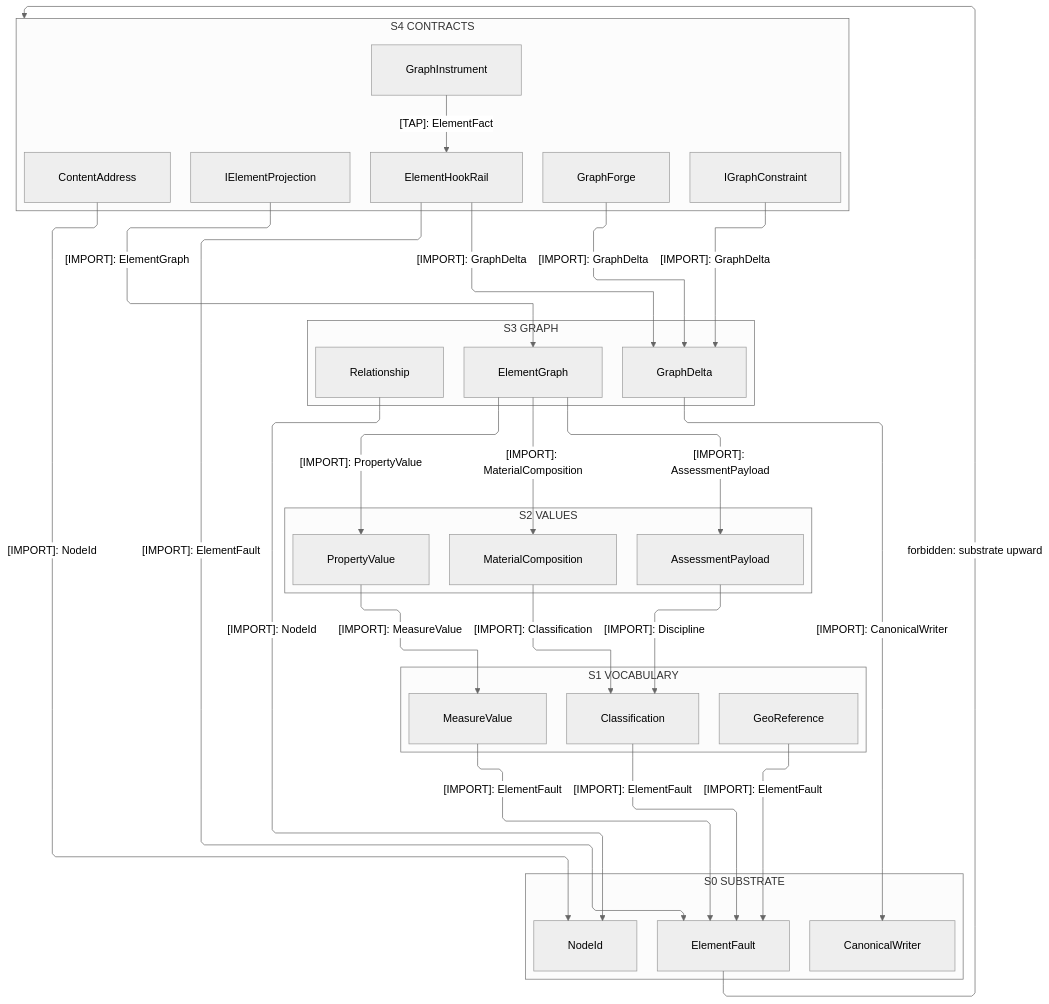
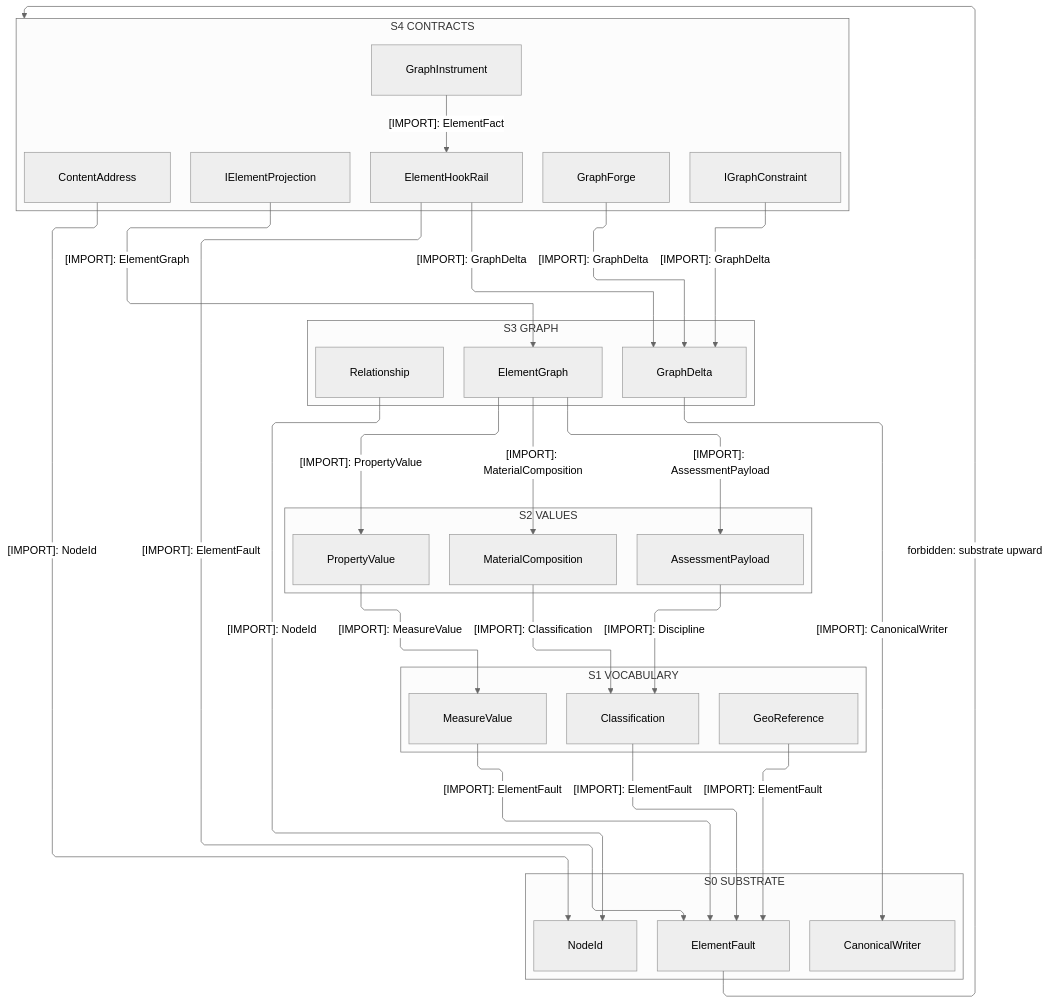
Before and after one commit to bsamiee/Rasm: the first of 3 diagrams in libs/csharp/Rasm.Element/ARCHITECTURE.md, drawn with Mermaid (neutral theme). The commit also changed 486 other files, not shown here.

````diff
--- a/libs/csharp/Rasm.Element/ARCHITECTURE.md
+++ b/libs/csharp/Rasm.Element/ARCHITECTURE.md
@@ -54,59 +54,59 @@
 ```mermaid
 ---
 config:
   layout: elk
   flowchart:
     curve: linear
     padding: 25
 ---
 flowchart TB
     accTitle: Rasm.Element interior strata
     accDescr: Five member-resolved strata from the projection contracts and content codec through the element graph and its value and vocabulary families onto the fault-and-key substrate, every consumption edge downward naming one sourced type, and one forbidden upward edge marked.
     subgraph S4["S4 CONTRACTS"]
         IProjection[IElementProjection]
         IConstraint[IGraphConstraint]
         Address[ContentAddress]
         HookRail[ElementHookRail]
         Instrument[GraphInstrument]
         Forge[GraphForge]
     end
     subgraph S3["S3 GRAPH"]
         ElementGraph[ElementGraph]
         Delta[GraphDelta]
         Relationship[Relationship]
     end
     subgraph S2["S2 VALUES"]
         Property[PropertyValue]
         Composition[MaterialComposition]
         Payload[AssessmentPayload]
     end
     subgraph S1["S1 VOCABULARY"]
         Classification[Classification]
         Measure[MeasureValue]
         GeoReference[GeoReference]
     end
     subgraph S0["S0 SUBSTRATE"]
         Fault[ElementFault]
         Writer[CanonicalWriter]
         NodeId[NodeId]
     end
     IProjection -->|"[IMPORT]: ElementGraph"| ElementGraph
     IConstraint -->|"[IMPORT]: GraphDelta"| Delta
     HookRail -->|"[IMPORT]: GraphDelta"| Delta
     HookRail -->|"[IMPORT]: ElementFault"| Fault
-    Instrument -->|"[TAP]: ElementFact"| HookRail
+    Instrument -->|"[IMPORT]: ElementFact"| HookRail
     Forge -->|"[IMPORT]: GraphDelta"| Delta
     Address -->|"[IMPORT]: NodeId"| NodeId
     ElementGraph -->|"[IMPORT]: PropertyValue"| Property
     ElementGraph -->|"[IMPORT]: MaterialComposition"| Composition
     ElementGraph -->|"[IMPORT]: AssessmentPayload"| Payload
     Delta -->|"[IMPORT]: CanonicalWriter"| Writer
     Relationship -->|"[IMPORT]: NodeId"| NodeId
     Property -->|"[IMPORT]: MeasureValue"| Measure
     Payload -->|"[IMPORT]: Discipline"| Classification
     Composition -->|"[IMPORT]: Classification"| Classification
     Classification -->|"[IMPORT]: ElementFault"| Fault
     GeoReference -->|"[IMPORT]: ElementFault"| Fault
     Measure -->|"[IMPORT]: ElementFault"| Fault
     Fault -->|"forbidden: substrate upward"| S4
 ```
````
